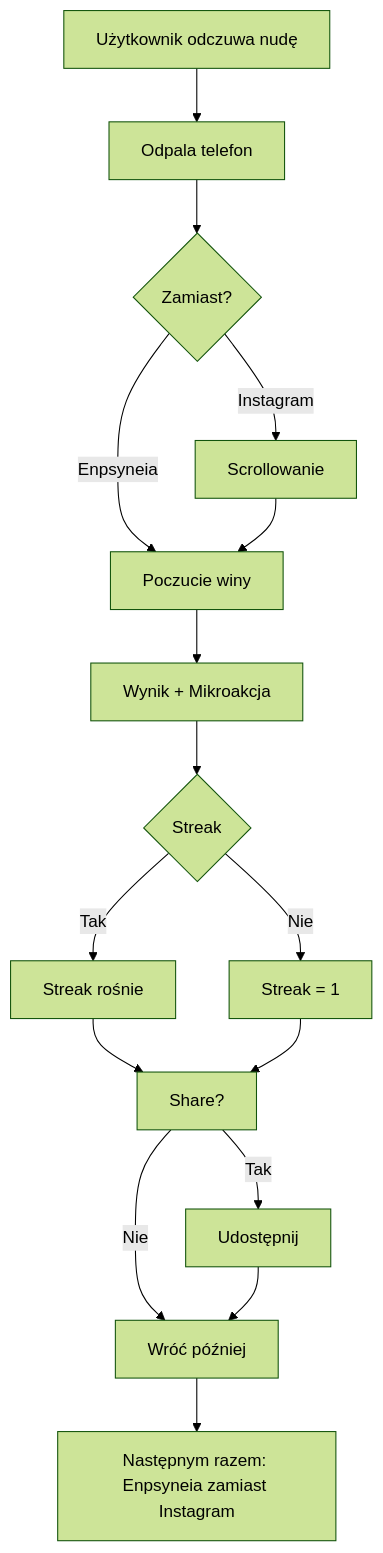
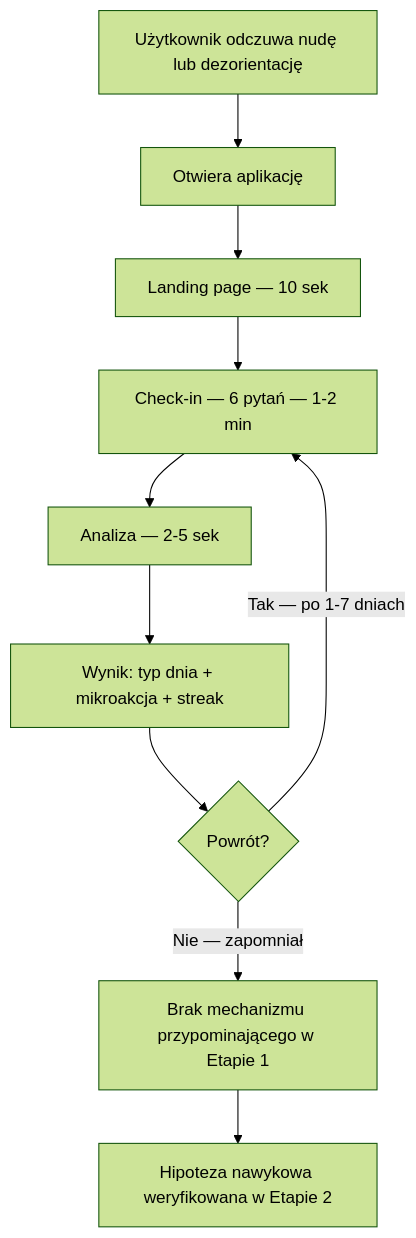
The diagram in docs/biznes/08-user-journey-map.md (k2y0v4-hash/Enpsynia-SaaS), drawn with Mermaid (forest theme) before and after one commit. The commit also changed other lines of this file and 14 other files, not shown here.

````diff
--- a/docs/biznes/08-user-journey-map.md
+++ b/docs/biznes/08-user-journey-map.md
@@ -377,18 +221,12 @@
 ```mermaid
 graph TD
-    A[Użytkownik odczuwa nudę] --> B[Odpala telefon]
-    B --> C{Zamiast?}
-    C -->|Instagram| D[Scrollowanie]
-    C -->|Enpsyneia| E[Check-in 30s]
-    D --> E[Poczucie winy]
-    E --> F[Wynik + Mikroakcja]
-    F --> G{Streak}
-    G -->|Tak| H[Streak rośnie]
-    G -->|Nie| I[Streak = 1]
-    H --> J[Share?]
-    I --> J
-    J -->|Tak| K[Udostępnij]
-    J -->|Nie| L[Wróć później]
-    K --> L
-    L --> M[Następnym razem: Enpsyneia zamiast Instagram]
+    A[Użytkownik odczuwa nudę lub dezorientację] --> B[Otwiera aplikację]
+    B --> C[Landing page — 10 sek]
+    C --> D[Check-in — 6 pytań — 1-2 min]
+    D --> E[Analiza — 2-5 sek]
+    E --> F[Wynik: typ dnia + mikroakcja + streak]
+    F --> G{Powrót?}
+    G -->|Tak — po 1-7 dniach| D
+    G -->|Nie — zapomniał| H[Brak mechanizmu przypominającego w Etapie 1]
+    H --> I[Hipoteza nawykowa weryfikowana w Etapie 2]
 ```
````
